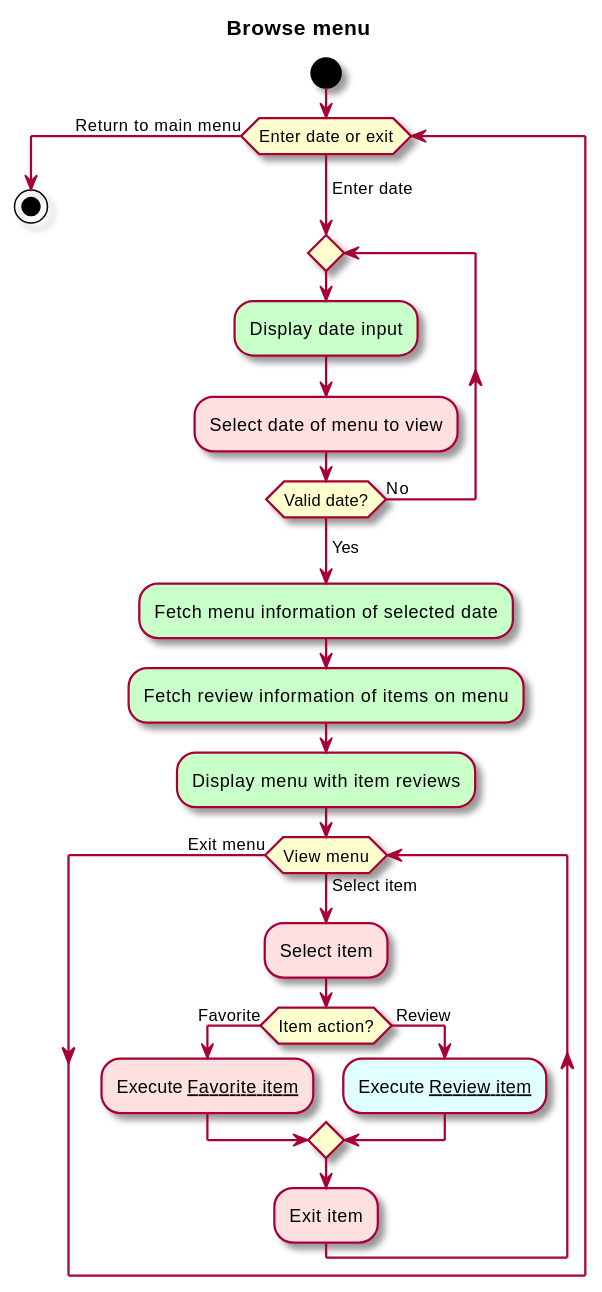
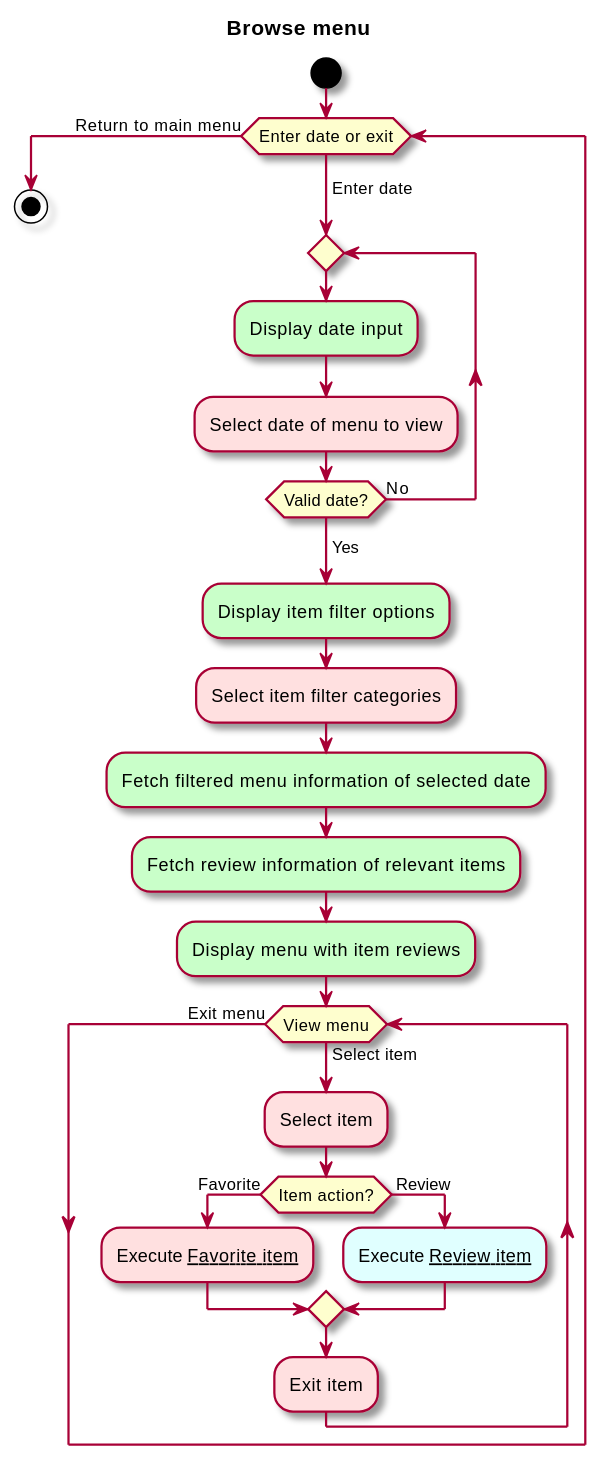
The diagram in intellij/doc/use-cases/browse-menu.md (sashap100/Vassar-Dining-App), drawn with PlantUML before and after one commit. The commit also changed 1 other file, not shown here.

Commit message:
Added detail to Navigate and Browse menu use cases.

````diff
--- a/intellij/doc/use-cases/browse-menu.md
+++ b/intellij/doc/use-cases/browse-menu.md
@@ -24,29 +24,31 @@
 ```plantuml
 @startuml
 
 skin rose
 title Browse menu
 
 start
 while (Enter date or exit) is (\nEnter date)
 repeat
-#technology:Display date input;
-#implementation:Select date of menu to view;
+    #technology:Display date input;
+    #implementation:Select date of menu to view;
 repeat while (Valid date?) is (No)
 -> Yes;
-#technology:Fetch menu information of selected date;
-#technology:Fetch review information of items on menu;
+#technology:Display item filter options;
+#implementation:Select item filter categories;
+#technology:Fetch filtered menu information of selected date;
+#technology:Fetch review information of relevant items;
 #technology:Display menu with item reviews;
 while (View menu) is (Select item)
 #implementation:Select item;
     if (Item action?) then (Favorite)
         #implementation:Execute __Favorite item__;
     else ( Review)
         #LightCyan:Execute __Review item__;
 endif
 #implementation:Exit item;
 endwhile (Exit menu)
 endwhile (Return to main menu)
 stop
 @enduml
 ```
````
